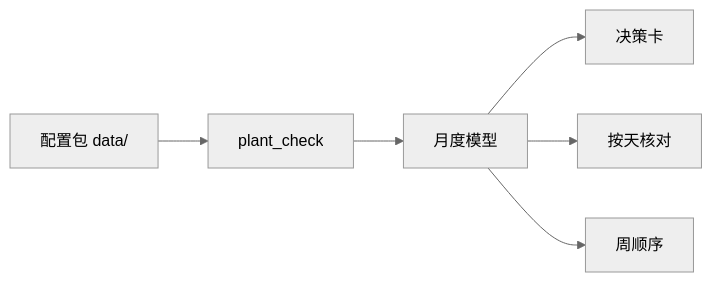
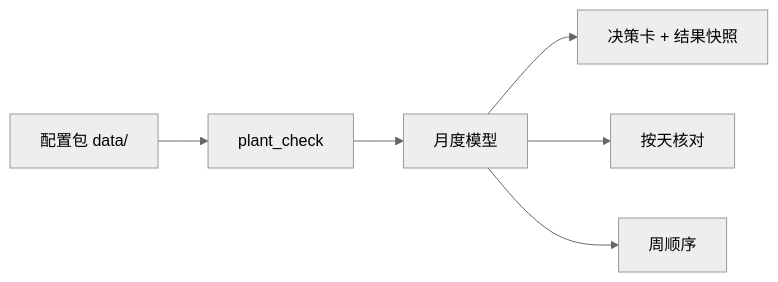
The second of 2 diagrams in README.md (Jeremy-Lyu/volume_cost_simulation), drawn with Mermaid (neutral theme) before and after one commit. The commit also changed other lines of this file and 23 other files, not shown here.

````diff
--- a/README.md
+++ b/README.md
@@ -30,8 +35,8 @@
 ```mermaid
 flowchart LR
   data["配置包 data/"] --> check["plant_check"]
   check --> month["月度模型"]
-  month --> card["决策卡"]
+  month --> card["决策卡 + 结果快照"]
   month --> daily["按天核对"]
   month --> week["周顺序"]
 ```
````
